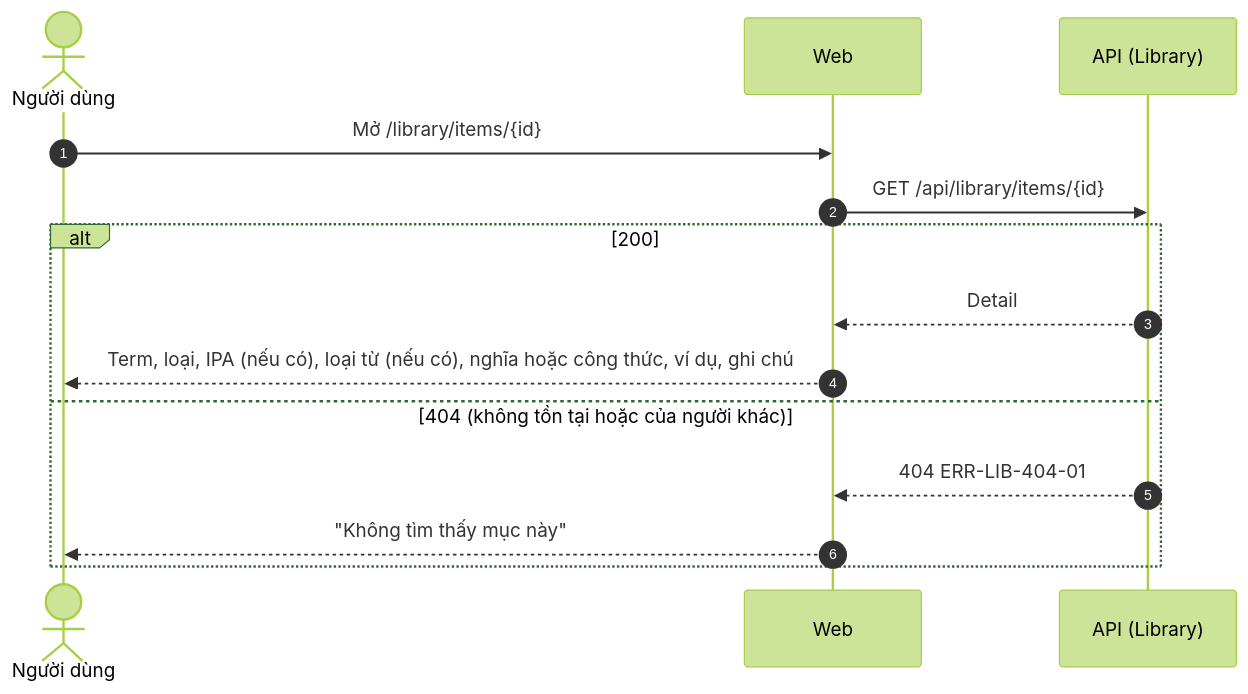
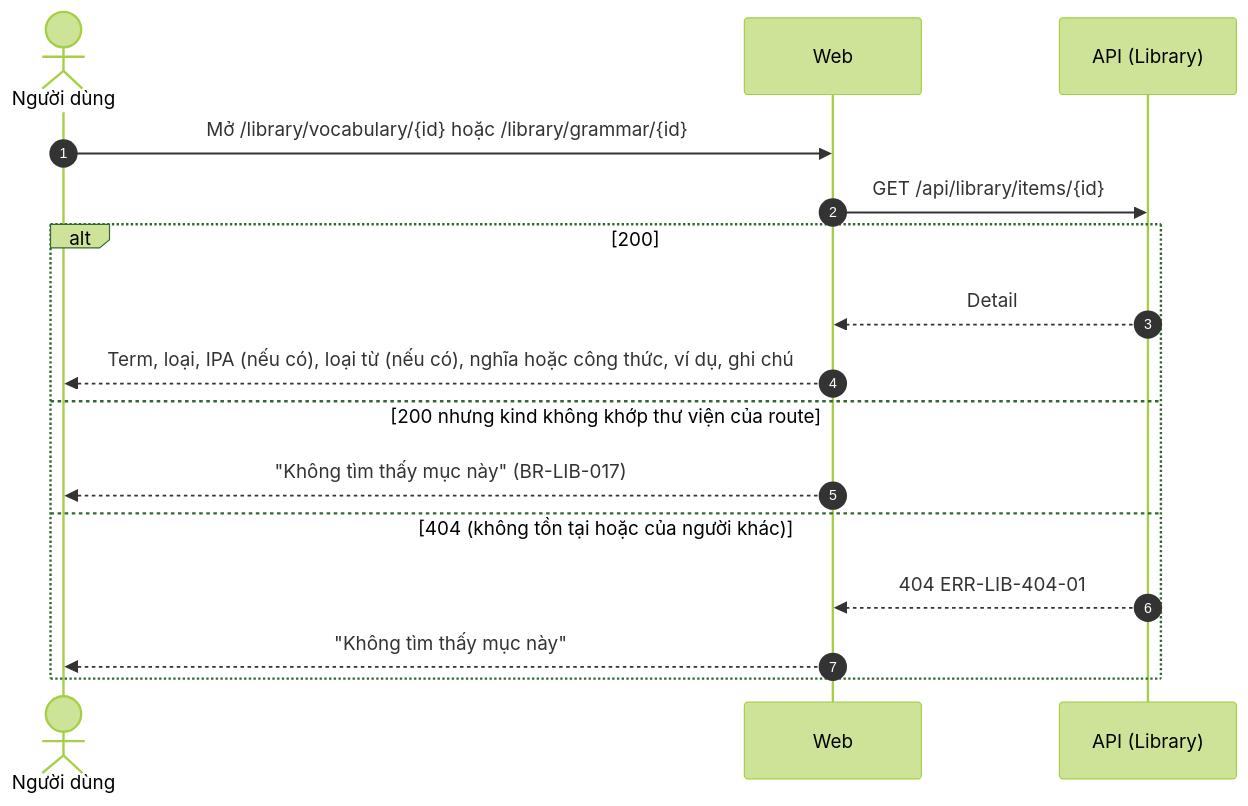
One commit to pamela172103/Lingozi changed the second of 2 diagrams in docs/features/knowledge-items/srs/US-LIB-04-view-item.md. Above: the diagram before and after it, drawn with Mermaid (forest theme). The commit also changed other lines of this file and 91 other files, not shown here.

First line of the commit message:
docs: split vocabulary and grammar libraries; redraw all wireframes as generated SVG

````diff
--- a/docs/features/knowledge-items/srs/US-LIB-04-view-item.md
+++ b/docs/features/knowledge-items/srs/US-LIB-04-view-item.md
@@ -79,16 +82,18 @@
 ```mermaid
 sequenceDiagram
     autonumber
     actor U as Người dùng
     participant W as Web
     participant A as API (Library)
-    U->>W: Mở /library/items/{id}
+    U->>W: Mở /library/vocabulary/{id} hoặc /library/grammar/{id}
     W->>A: GET /api/library/items/{id}
     alt 200
         A-->>W: Detail
         W-->>U: Term, loại, IPA (nếu có), loại từ (nếu có), nghĩa hoặc công thức, ví dụ, ghi chú
+    else 200 nhưng kind không khớp thư viện của route
+        W-->>U: "Không tìm thấy mục này" (BR-LIB-017)
     else 404 (không tồn tại hoặc của người khác)
         A-->>W: 404 ERR-LIB-404-01
         W-->>U: "Không tìm thấy mục này"
     end
 ```
````
